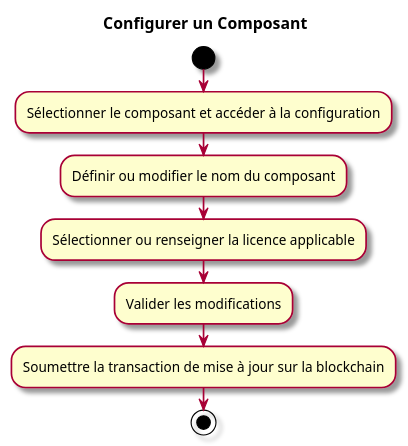
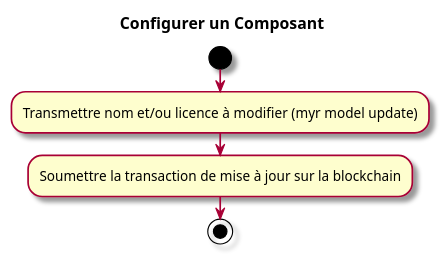
Before and after one commit to olivaux/myr: the third of 3 diagrams in specs/1-Expression/UCCE-Composant_Ecriture/UCCE02.md, drawn with PlantUML. The commit also changed other lines of this file and 65 other files, not shown here.

````diff
--- a/specs/1-Expression/UCCE-Composant_Ecriture/UCCE02.md
+++ b/specs/1-Expression/UCCE-Composant_Ecriture/UCCE02.md
@@ -82,13 +81,10 @@
 ```plantuml
 @startuml
 skin rose
 title Configurer un Composant
 start
-:Sélectionner le composant et accéder à la configuration;
-:Définir ou modifier le nom du composant;
-:Sélectionner ou renseigner la licence applicable;
-:Valider les modifications;
+:Transmettre nom et/ou licence à modifier (myr model update);
 :Soumettre la transaction de mise à jour sur la blockchain;
 stop
 @enduml
 ```
````
